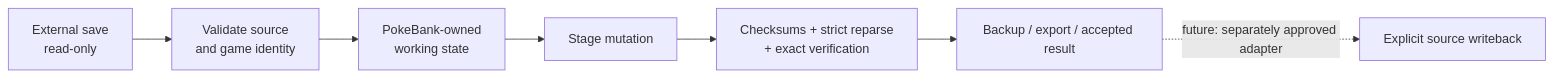
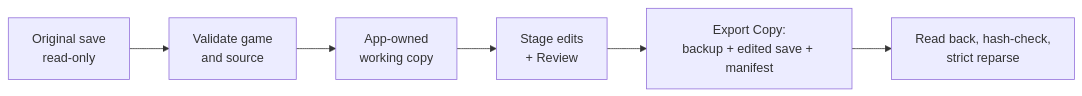
The diagram in README.md (GlitchedZeus/PokeBank-NX), drawn with Mermaid before and after one commit. The commit also changed other lines of this file and 2 other files, not shown here.

First line of the commit message:
README: current status, install and save-safety summary; point old status files to docs/STATUS.md

````diff
--- a/README.md
+++ b/README.md
@@ -164,9 +142,8 @@
 ```mermaid
 flowchart LR
-    A["External save<br/>read-only"] --> B["Validate source<br/>and game identity"]
-    B --> C["PokeBank-owned<br/>working state"]
-    C --> D["Stage mutation"]
-    D --> E["Checksums + strict reparse<br/>+ exact verification"]
-    E --> F["Backup / export / accepted result"]
-    F -. "future: separately approved adapter" .-> G["Explicit source writeback"]
+    A["Original save<br/>read-only"] --> B["Validate game<br/>and source"]
+    B --> C["App-owned<br/>working copy"]
+    C --> D["Stage edits<br/>+ Review"]
+    D --> E["Export Copy:<br/>backup + edited save + manifest"]
+    E --> F["Read back, hash-check,<br/>strict reparse"]
 ```
````
